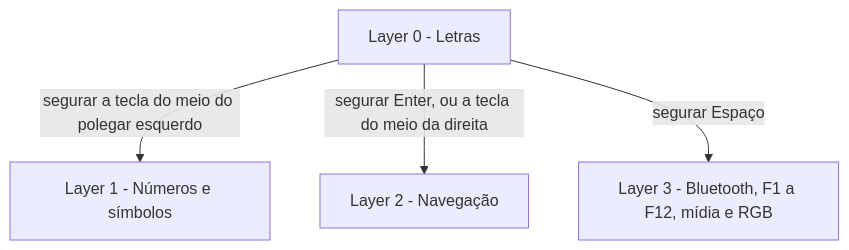
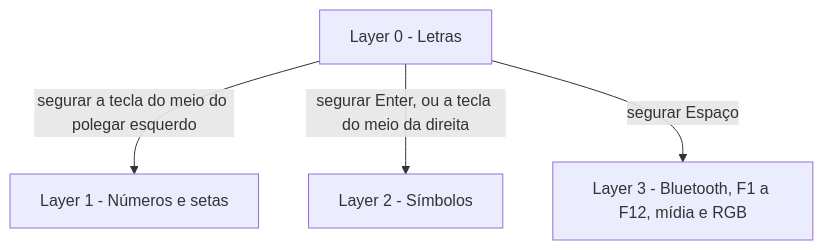
Before and after one commit to the-spanish-guy/corne-zmk: the diagram in README.md, drawn with Mermaid. The commit also changed other lines of this file and 1 other file, not shown here.

````diff
--- a/README.md
+++ b/README.md
@@ -69,6 +68,6 @@
 ```mermaid
 graph TD
-    A[Layer 0 - Letras] -->|segurar a tecla do meio do polegar esquerdo| B[Layer 1 - Números e símbolos]
-    A -->|segurar Enter, ou a tecla do meio da direita| C[Layer 2 - Navegação]
+    A[Layer 0 - Letras] -->|segurar a tecla do meio do polegar esquerdo| B[Layer 1 - Números e setas]
+    A -->|segurar Enter, ou a tecla do meio da direita| C[Layer 2 - Símbolos]
     A -->|segurar Espaço| D[Layer 3 - Bluetooth, F1 a F12, mídia e RGB]
 ```
````
